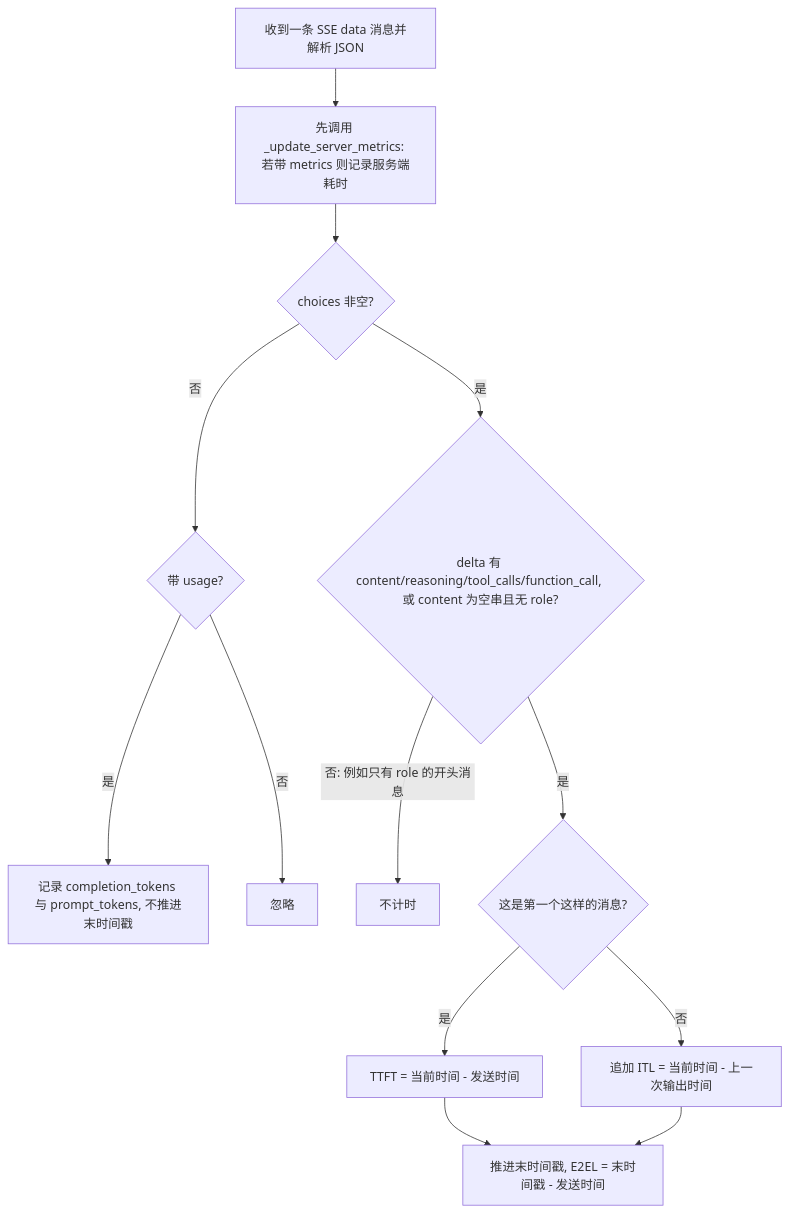
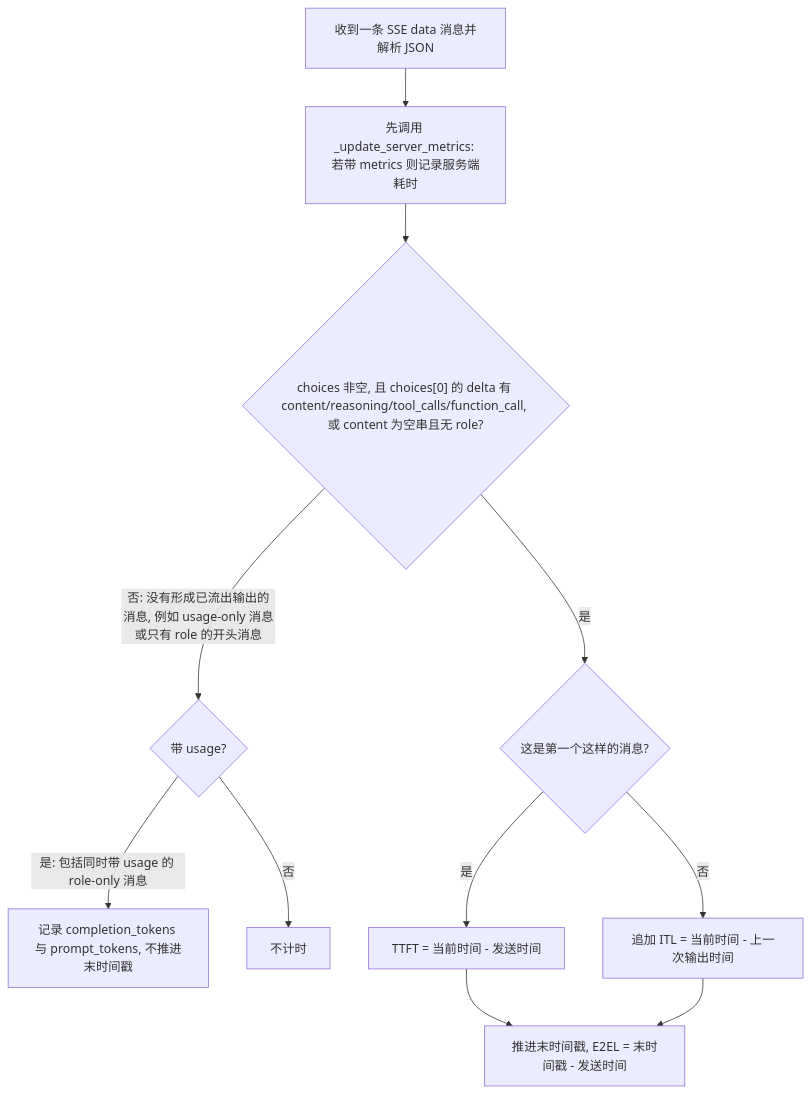
Before and after one commit to cluster1900/vllm_reader: the third of 17 diagrams in book/10-experiments/README.md, drawn with Mermaid. The commit also changed other lines of this file and 4 other files, not shown here.

Commit message:
docs(B5): 按评审修正节号、FlashInfer bypass、去掉流程性措辞、chat 计时图与 6.21 重复测试名

````diff
--- a/book/10-experiments/README.md
+++ b/book/10-experiments/README.md
@@ -240,15 +240,13 @@
 ```mermaid
 flowchart TD
     MSG["收到一条 SSE data 消息并解析 JSON"] --> USAGE["先调用 _update_server_metrics: 若带 metrics 则记录服务端耗时"]
-    USAGE --> CH{"choices 非空?"}
-    CH -->|"否"| UG{"带 usage?"}
-    UG -->|"是"| TOK["记录 completion_tokens 与 prompt_tokens, 不推进末时间戳"]
-    UG -->|"否"| IGN["忽略"]
-    CH -->|"是"| OUT{"delta 有 content/reasoning/tool_calls/function_call, 或 content 为空串且无 role?"}
-    OUT -->|"否: 例如只有 role 的开头消息"| IGN2["不计时"]
+    USAGE --> OUT{"choices 非空, 且 choices[0] 的 delta 有 content/reasoning/tool_calls/function_call, 或 content 为空串且无 role?"}
+    OUT -->|"否: 没有形成已流出输出的消息, 例如 usage-only 消息或只有 role 的开头消息"| UG{"带 usage?"}
+    UG -->|"是: 包括同时带 usage 的 role-only 消息"| TOK["记录 completion_tokens 与 prompt_tokens, 不推进末时间戳"]
+    UG -->|"否"| IGN["不计时"]
     OUT -->|"是"| FIRST{"这是第一个这样的消息?"}
     FIRST -->|"是"| TTFT["TTFT = 当前时间 - 发送时间"]
     FIRST -->|"否"| ITL["追加 ITL = 当前时间 - 上一次输出时间"]
     TTFT --> END["推进末时间戳, E2EL = 末时间戳 - 发送时间"]
     ITL --> END
 ```
````
